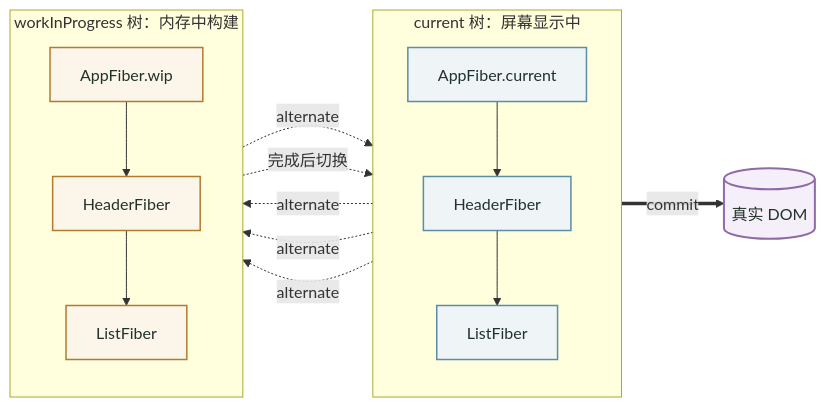
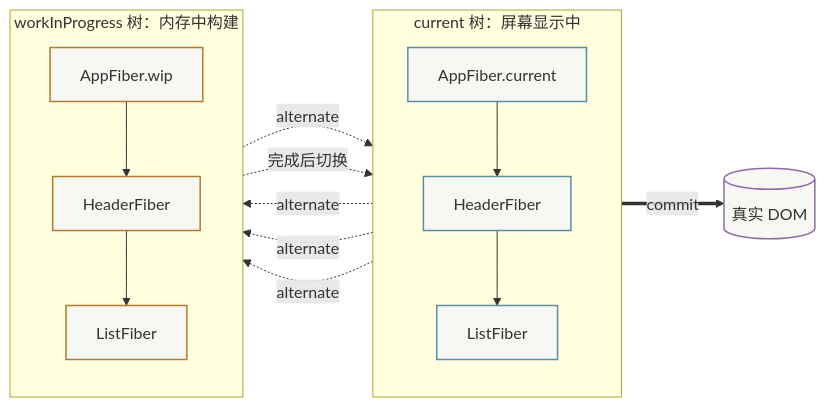
One commit to Fatejian/frontier-vault changed the third of 7 diagrams in docs/frameworks/react-fiber.md. Above: the diagram before and after it, drawn with Mermaid. The commit also changed other lines of this file and 65 other files, not shown here.

First line of the commit message:
fix(theme): unify mermaid chart palette and remove solid core fills

````diff
--- a/docs/frameworks/react-fiber.md
+++ b/docs/frameworks/react-fiber.md
@@ -289,34 +289,34 @@
 ```mermaid
 flowchart LR
     subgraph Current["current 树：屏幕显示中"]
         direction TB
         C1["AppFiber.current"]
         C2["HeaderFiber"]
         C3["ListFiber"]
         C1 --> C2 --> C3
     end
 
     subgraph WIP["workInProgress 树：内存中构建"]
         direction TB
         W1["AppFiber.wip"]
         W2["HeaderFiber"]
         W3["ListFiber"]
         W1 --> W2 --> W3
     end
 
     C1 -.alternate.-> W1
     W1 -.alternate.-> C1
     C2 -.alternate.-> W2
     C3 -.alternate.-> W3
 
     C3 ==>|commit| DOM[("真实 DOM")]
     W3 -.完成后切换.-> C3
 
-    classDef wait fill:#EFF5F7,stroke:#5B8CA8,color:#22322B,stroke-width:1.5px;
-    classDef block fill:#FBF5EA,stroke:#B27B2C,color:#22322B,stroke-width:1.5px;
-    classDef metric fill:#F4EFF8,stroke:#8E6BA8,color:#22322B,stroke-width:2px;
+    classDef wait fill:#F7F7F3,stroke:#5B8CA8,stroke-width:1.5px;
+    classDef block fill:#F7F7F3,stroke:#B27B2C,stroke-width:1.5px;
+    classDef metric fill:#F7F7F3,stroke:#8E6BA8,stroke-width:1.5px;
 
     class C1,C2,C3 wait;
     class W1,W2,W3 block;
     class DOM metric;
 ```
````
